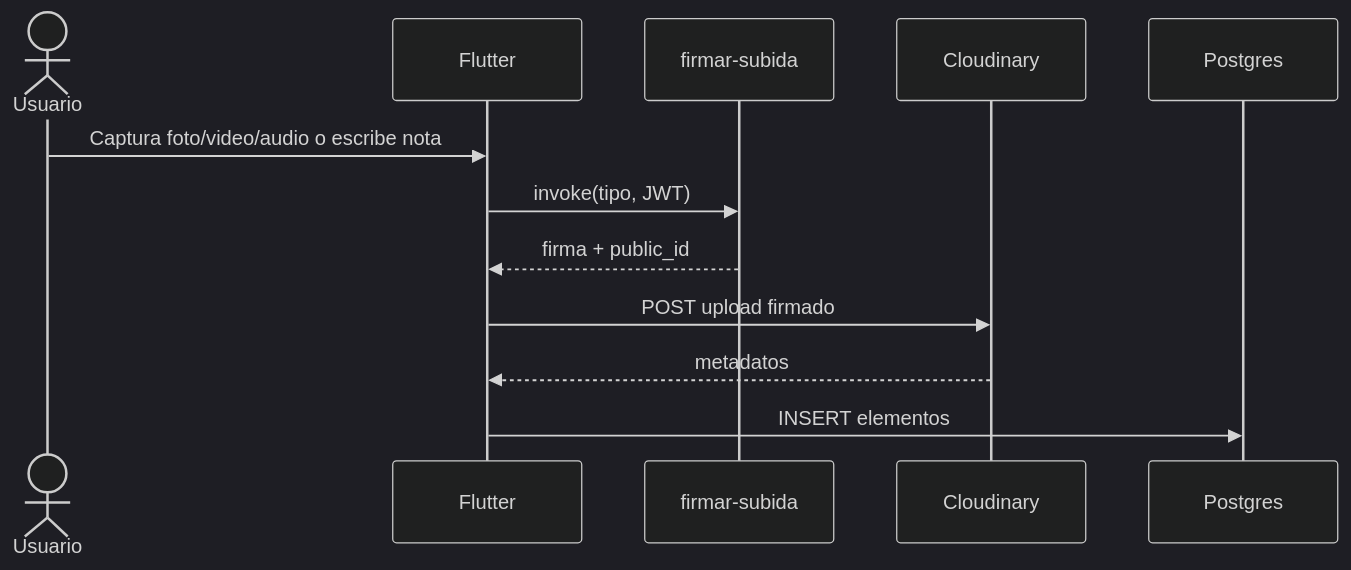
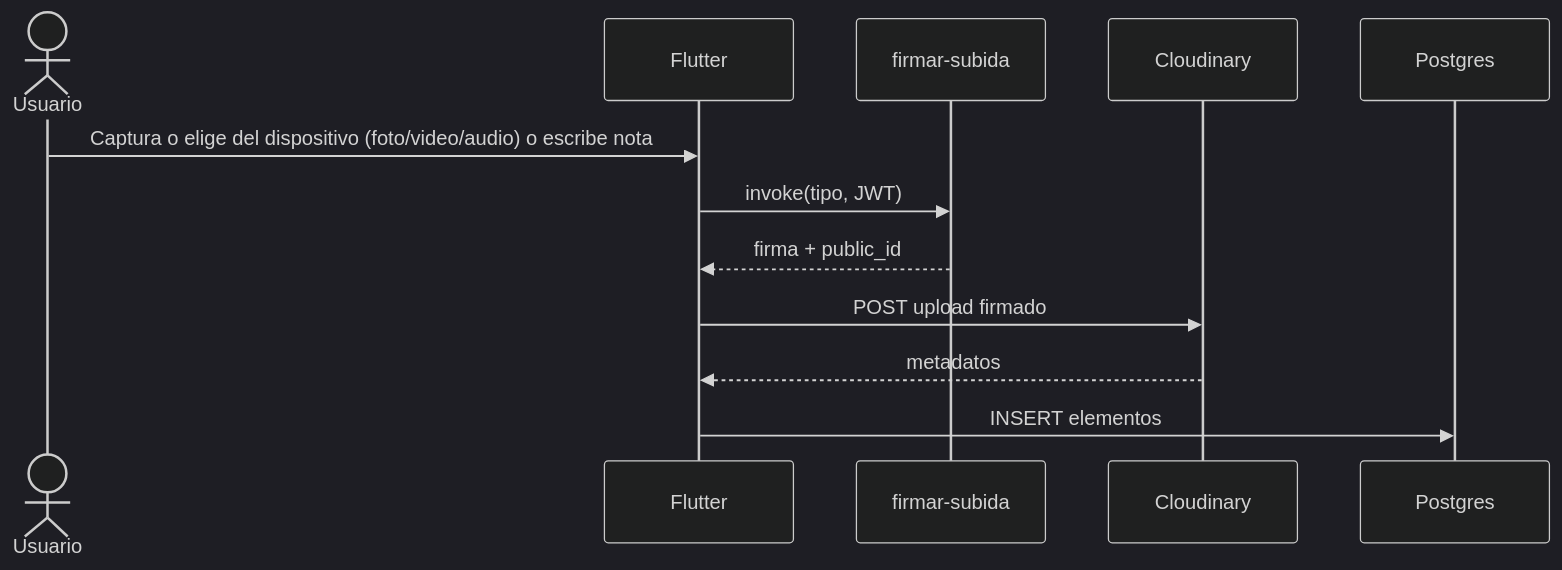
The third of 4 diagrams in docs/04-flujos-criticos.md (DeibyRamirez/Capsoul), drawn with Mermaid (dark theme) before and after one commit. The commit also changed other lines of this file and 12 other files, not shown here.

First line of the commit message:
documentación(proyecto): arquitectura, flujos, ER y migraciones oct 2026

````diff
--- a/docs/04-flujos-criticos.md
+++ b/docs/04-flujos-criticos.md
@@ -53,15 +60,15 @@
 ```mermaid
 sequenceDiagram
     actor U as Usuario
     participant App as Flutter
     participant EF as firmar-subida
     participant CDN as Cloudinary
     participant PG as Postgres
 
-    U->>App: Captura foto/video/audio o escribe nota
+    U->>App: Captura o elige del dispositivo (foto/video/audio) o escribe nota
     App->>EF: invoke(tipo, JWT)
     EF-->>App: firma + public_id
     App->>CDN: POST upload firmado
     CDN-->>App: metadatos
     App->>PG: INSERT elementos
 ```
````
